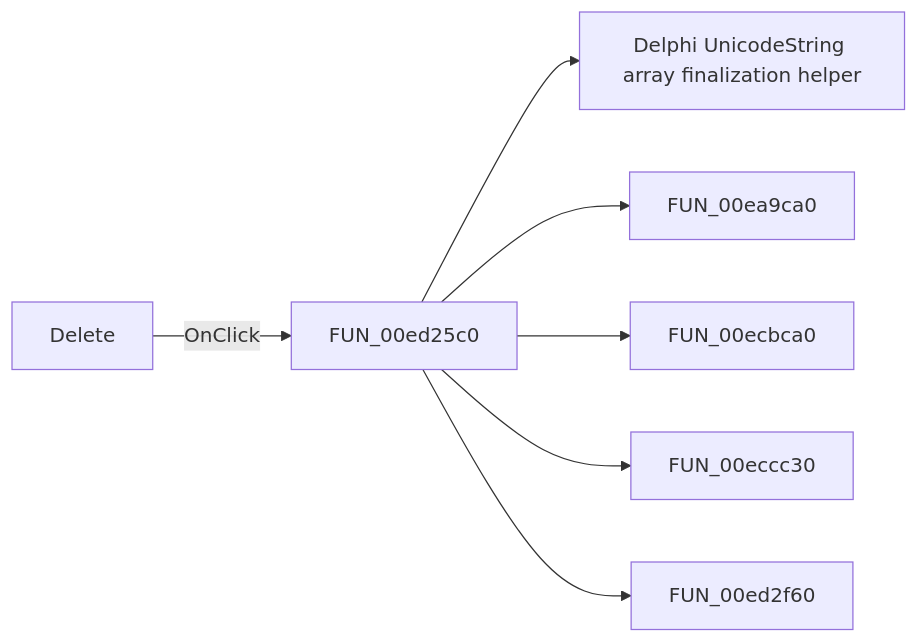
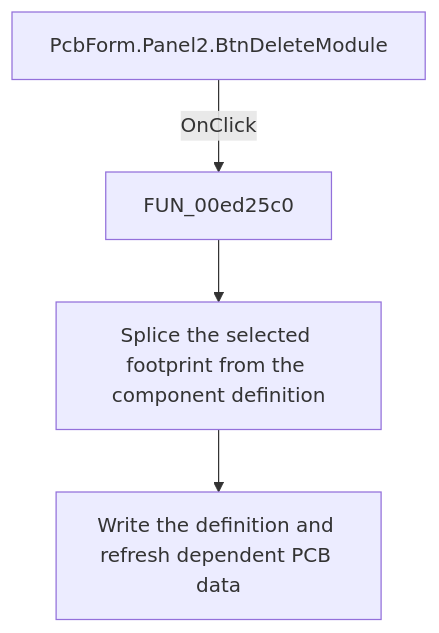
Before and after one commit to MovGP0/TIARA: the diagram in docs/ui-controls/pcbform/btndeletemodule-6e79258f7d.md, drawn with Mermaid. The commit also changed other lines of this file and 1062 other files, not shown here.

````diff
--- a/docs/ui-controls/pcbform/btndeletemodule-6e79258f7d.md
+++ b/docs/ui-controls/pcbform/btndeletemodule-6e79258f7d.md
@@ -27,9 +29,6 @@
 ```mermaid
-flowchart LR
-    control["Delete"] -->|OnClick| handler["FUN_00ed25c0"]
-    handler --> call1["Delphi UnicodeString array finalization helper"]
-    handler --> call2["FUN_00ea9ca0"]
-    handler --> call3["FUN_00ecbca0"]
-    handler --> call4["FUN_00eccc30"]
-    handler --> call5["FUN_00ed2f60"]
+flowchart TD
+    control["PcbForm.Panel2.BtnDeleteModule"] -->|OnClick| handler["FUN_00ed25c0"]
+    handler --> action["Splice the selected footprint from the component definition"]
+    action --> outcome["Write the definition and refresh dependent PCB data"]
 ```
````
